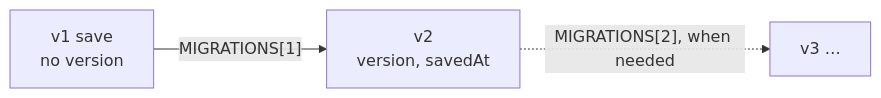
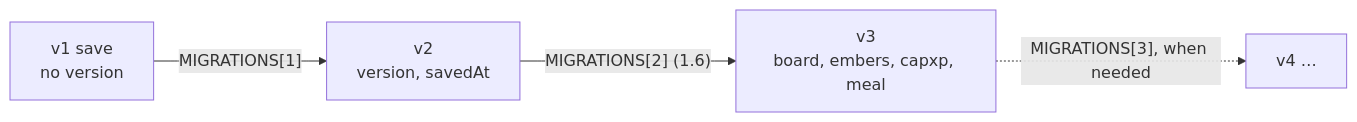
Before and after one commit to CptNope/Laternfall: diagram 14 of 14 in docs/ARCHITECTURE.md, drawn with Mermaid. The commit also changed other lines of this file and 19 other files, not shown here.

````diff
--- a/docs/ARCHITECTURE.md
+++ b/docs/ARCHITECTURE.md
@@ -485,5 +515,6 @@
 ```mermaid
 flowchart LR
     v1[v1 save<br/>no version] -- "MIGRATIONS[1]" --> v2[v2<br/>version, savedAt]
-    v2 -. "MIGRATIONS[2], when needed" .-> v3[v3 …]
+    v2 -- "MIGRATIONS[2] (1.6)" --> v3[v3<br/>board, embers, capxp, meal]
+    v3 -. "MIGRATIONS[3], when needed" .-> v4[v4 …]
 ```
````
